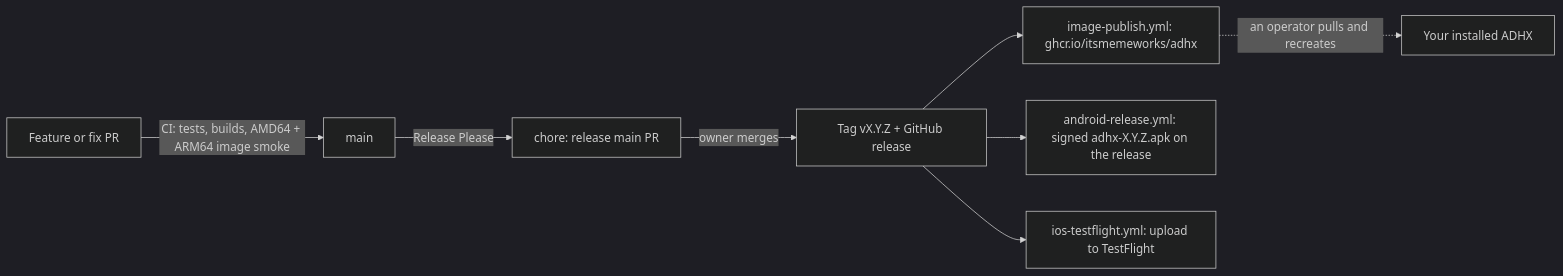
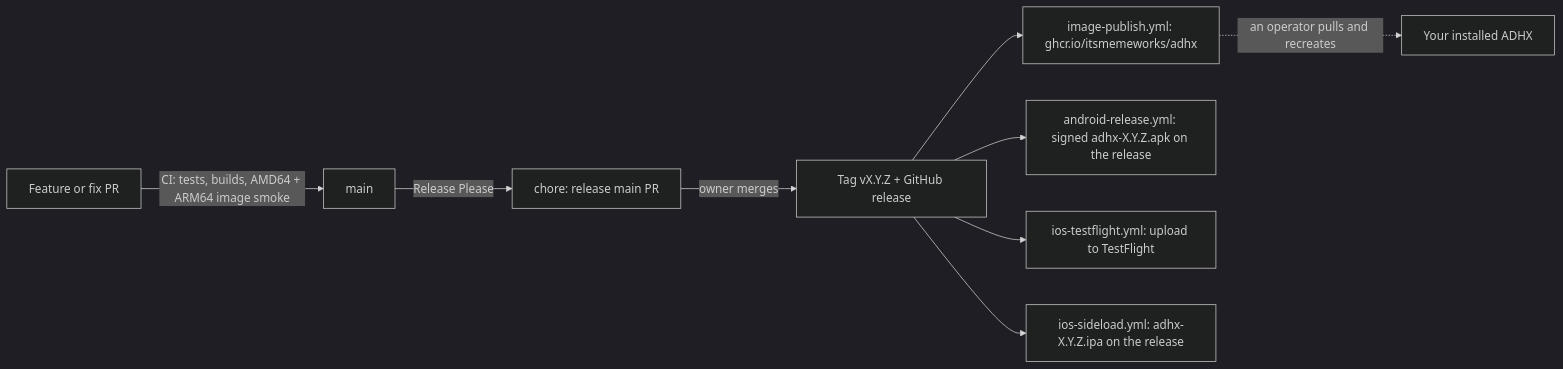
Before and after one commit to itsmemeworks/adhx: the diagram in docs/releasing.md, drawn with Mermaid (dark theme). The commit also changed other lines of this file and 8 other files, not shown here.

First line of the commit message:
ci: attach a sideloadable iphone ipa to every release

````diff
--- a/docs/releasing.md
+++ b/docs/releasing.md
@@ -9,10 +9,11 @@
 ```mermaid
 flowchart LR
   PR["Feature or fix PR"] -->|"CI: tests, builds, AMD64 + ARM64 image smoke"| Main["main"]
   Main -->|"Release Please"| RPR["chore: release main PR"]
   RPR -->|"owner merges"| Rel["Tag vX.Y.Z + GitHub release"]
   Rel --> Image["image-publish.yml: ghcr.io/itsmemeworks/adhx"]
   Rel --> APK["android-release.yml: signed adhx-X.Y.Z.apk on the release"]
   Rel --> TF["ios-testflight.yml: upload to TestFlight"]
+  Rel --> IPA["ios-sideload.yml: adhx-X.Y.Z.ipa on the release"]
   Image -.->|"an operator pulls and recreates"| NAS["Your installed ADHX"]
 ```
````
